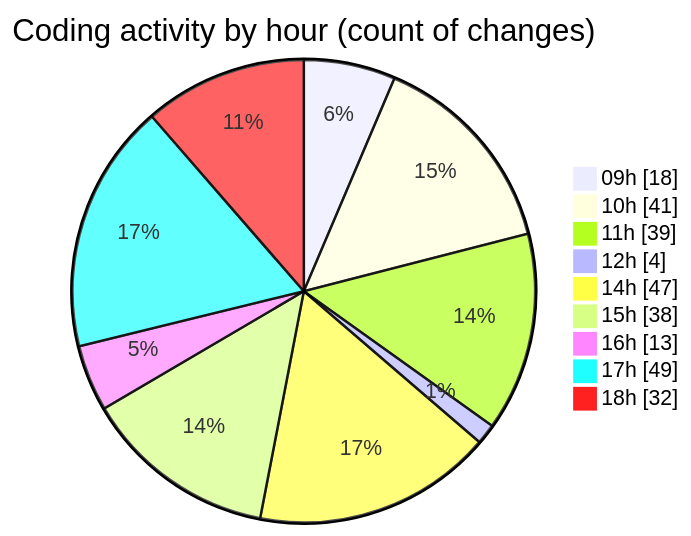
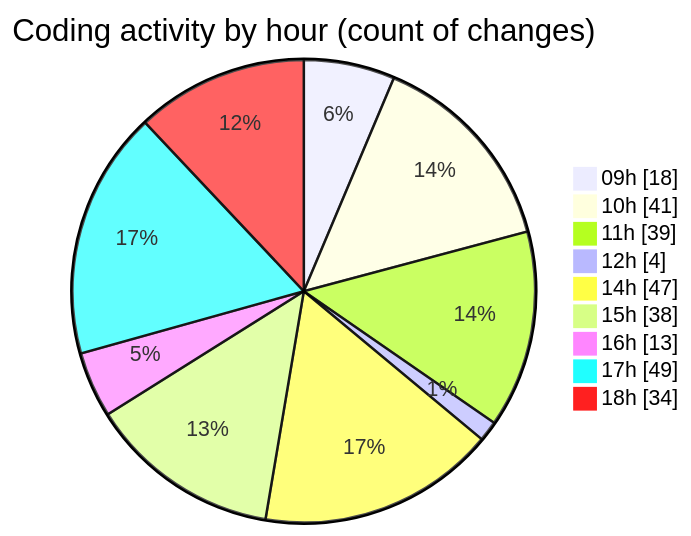
One commit to momahboobian/code-tracking changed the second of 2 diagrams in 2025-02-11/cda/README.md. Above: the diagram before and after it, drawn with Mermaid. The commit also changed other lines of this file and 1 other file, not shown here.

````diff
--- a/2025-02-11/cda/README.md
+++ b/2025-02-11/cda/README.md
@@ -34,13 +34,13 @@
 ```mermaid
 pie showData
 title Coding activity by hour (count of changes)
 "09h" : 18
 "10h" : 41
 "11h" : 39
 "12h" : 4
 "14h" : 47
 "15h" : 38
 "16h" : 13
 "17h" : 49
-"18h" : 32
+"18h" : 34
 ```
````
